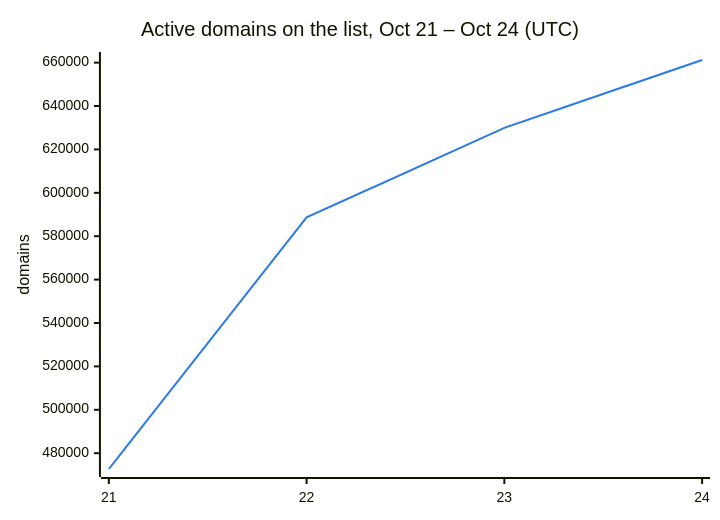
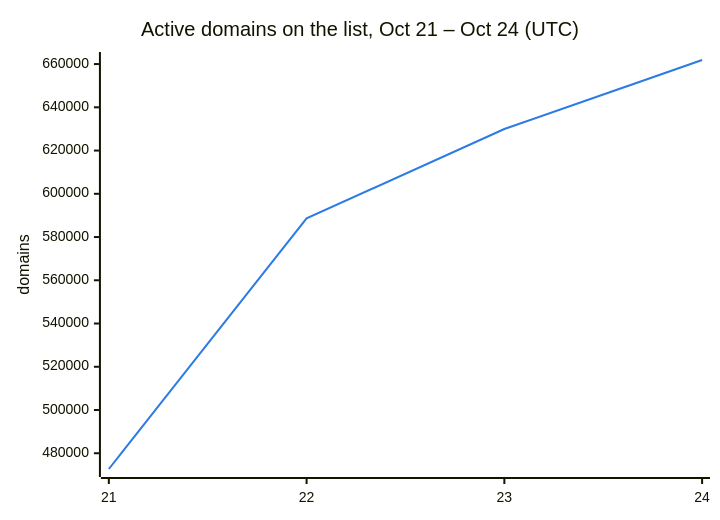
The second of 3 diagrams in README.md (DNSBunker/CTI), drawn with Mermaid before and after one commit. The commit also changed other lines of this file and 3 other files, not shown here.

````diff
--- a/README.md
+++ b/README.md
@@ -38,8 +38,8 @@
 ```mermaid
 %%{init: {"themeVariables": {"xyChart": {"plotColorPalette": "#2c7be5"}}}}%%
 xychart-beta
     title "Active domains on the list, Oct 21 – Oct 24 (UTC)"
     x-axis ["21", "22", "23", "24"]
     y-axis "domains"
-    line [472713, 588659, 629951, 661212]
+    line [472713, 588659, 629951, 661883]
 ```
````
